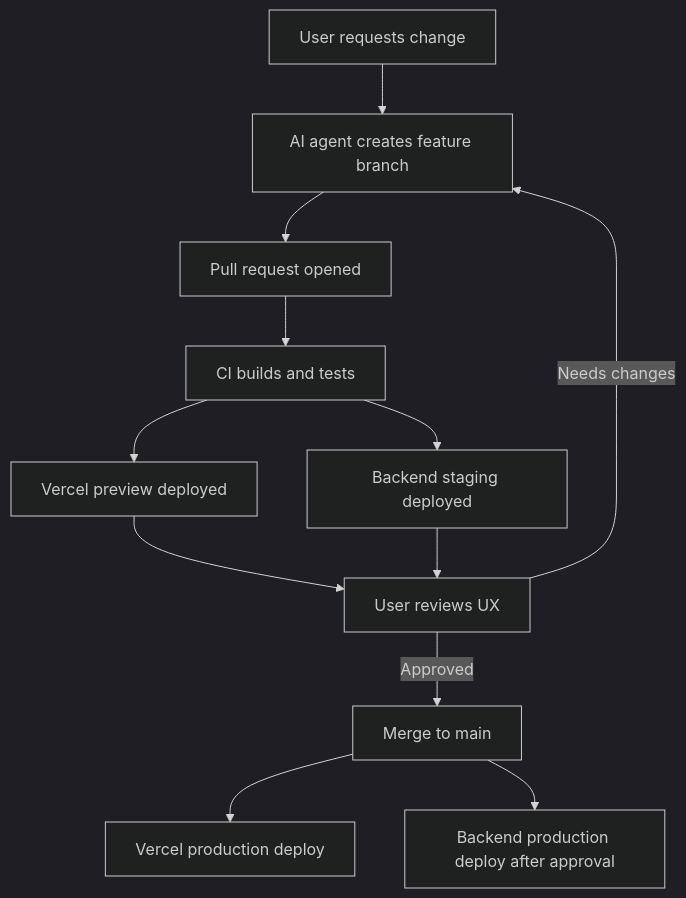
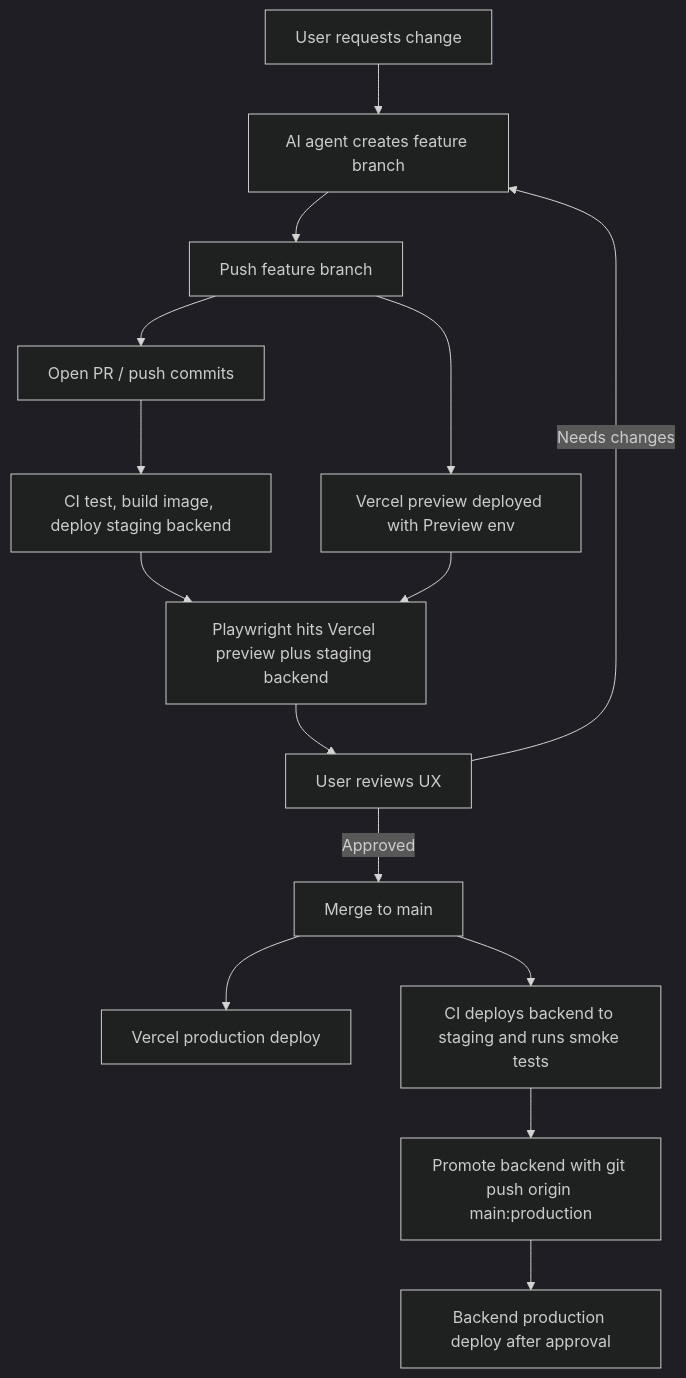
One commit to tahniat-ashraf/Jababdihi changed the third of 3 diagrams in docs/technical-design.md. Above: the diagram before and after it, drawn with Mermaid (dark theme). The commit also changed other lines of this file and 8 other files, not shown here.

````diff
--- a/docs/technical-design.md
+++ b/docs/technical-design.md
@@ -1503,14 +1509,17 @@
 ```mermaid
 flowchart TD
     A[User requests change] --> B[AI agent creates feature branch]
-    B --> C[Pull request opened]
-    C --> D[CI builds and tests]
-    D --> E[Vercel preview deployed]
-    D --> F[Backend staging deployed]
-    E --> G[User reviews UX]
-    F --> G
-    G -->|Needs changes| B
-    G -->|Approved| H[Merge to main]
-    H --> I[Vercel production deploy]
-    H --> J[Backend production deploy after approval]
+    B --> C[Push feature branch]
+    C --> D[Vercel preview deployed with Preview env]
+    C --> E[Open PR / push commits]
+    E --> F[CI test, build image, deploy staging backend]
+    F --> G[Playwright hits Vercel preview plus staging backend]
+    D --> G
+    G --> H[User reviews UX]
+    H -->|Needs changes| B
+    H -->|Approved| I[Merge to main]
+    I --> J[Vercel production deploy]
+    I --> K[CI deploys backend to staging and runs smoke tests]
+    K --> L[Promote backend with git push origin main:production]
+    L --> M[Backend production deploy after approval]
 ```
````
